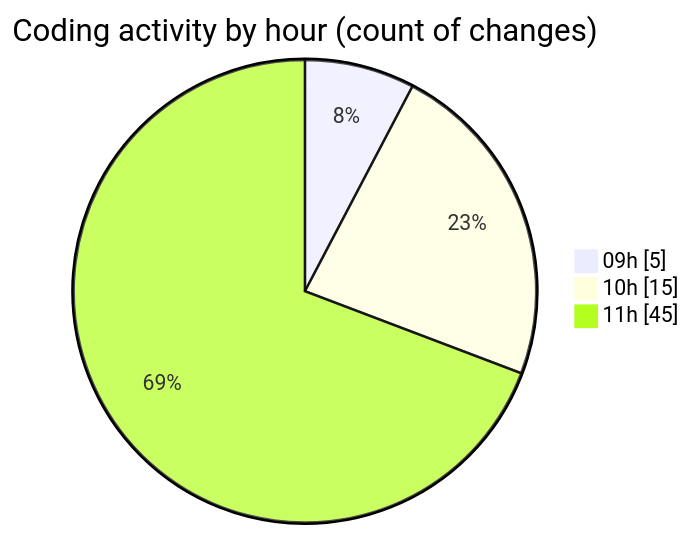
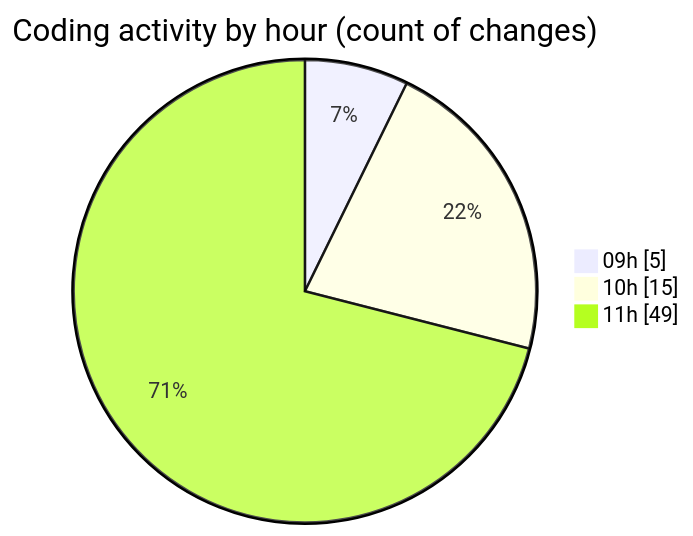
Before and after one commit to CELIANVF/code-tracking: the second of 2 diagrams in 2025-06-13/ecodeli-1/README.md, drawn with Mermaid. The commit also changed other lines of this file and 1 other file, not shown here.

````diff
--- a/2025-06-13/ecodeli-1/README.md
+++ b/2025-06-13/ecodeli-1/README.md
@@ -45,7 +46,7 @@
 ```mermaid
 pie showData
 title Coding activity by hour (count of changes)
 "09h" : 5
 "10h" : 15
-"11h" : 45
+"11h" : 49
 ```
````
